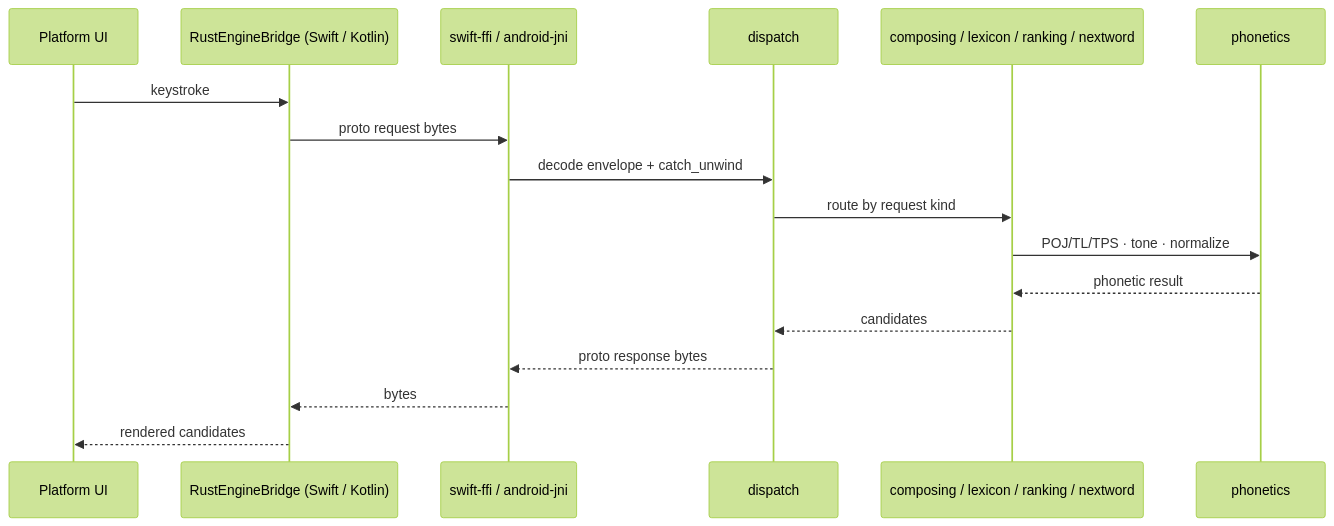
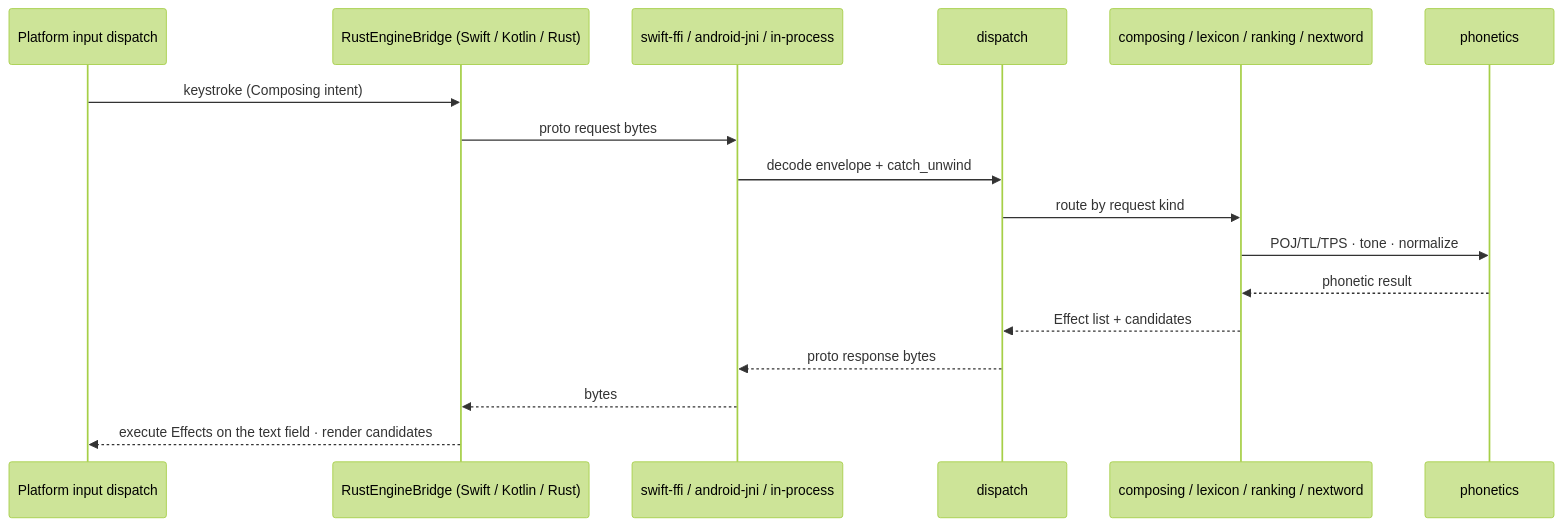
Before and after one commit to taigikeyboard/taigikeyboard: the fourth of 4 diagrams in docs/architecture/system-overview.md, drawn with Mermaid (forest theme). The commit also changed other lines of this file and 44 other files, not shown here.

First line of the commit message:
docs: prune stale docs; delete 7 superseded files, refresh architecture to four platforms

````diff
--- a/docs/architecture/system-overview.md
+++ b/docs/architecture/system-overview.md
@@ -135,20 +131,20 @@
 ```mermaid
 sequenceDiagram
-    participant UI as Platform UI
-    participant Bridge as RustEngineBridge (Swift / Kotlin)
-    participant FFI as swift-ffi / android-jni
+    participant UI as Platform input dispatch
+    participant Bridge as RustEngineBridge (Swift / Kotlin / Rust)
+    participant FFI as swift-ffi / android-jni / in-process
     participant D as dispatch
     participant Dom as composing / lexicon / ranking / nextword
     participant Ph as phonetics
 
-    UI->>Bridge: keystroke
+    UI->>Bridge: keystroke (Composing intent)
     Bridge->>FFI: proto request bytes
     FFI->>D: decode envelope + catch_unwind
     D->>Dom: route by request kind
     Dom->>Ph: POJ/TL/TPS · tone · normalize
     Ph-->>Dom: phonetic result
-    Dom-->>D: candidates
+    Dom-->>D: Effect list + candidates
     D-->>FFI: proto response bytes
     FFI-->>Bridge: bytes
-    Bridge-->>UI: rendered candidates
+    Bridge-->>UI: execute Effects on the text field · render candidates
 ```
````
